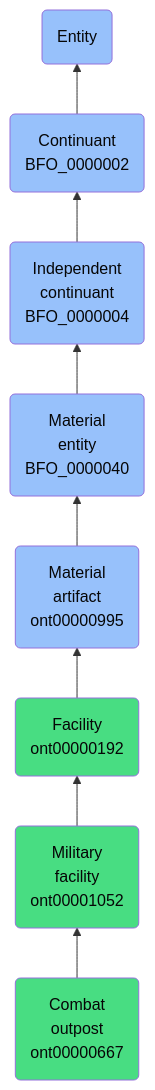
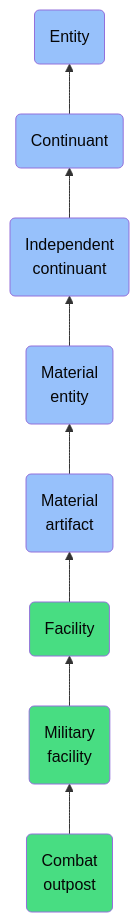
Before and after one commit to jupyter-naas/abi: the diagram in docs/ontology/reference/model/Entity/Continuant/Independent continuant/Material entity/Material artifact/Facility/Military facility/Combat outpost/Combat outpost.md, drawn with Mermaid. The commit also changed other lines of this file and 1430 other files, not shown here.

````diff
--- a/docs/ontology/reference/model/Entity/Continuant/Independent continuant/Material entity/Material artifact/Facility/Military facility/Combat outpost/Combat outpost.md
+++ b/docs/ontology/reference/model/Entity/Continuant/Independent continuant/Material entity/Material artifact/Facility/Military facility/Combat outpost/Combat outpost.md
@@ -24,15 +24,15 @@
 ```mermaid
 graph BT
-    ont00000667(Combat<br>outpost<br>ont00000667):::ABI-->ont00001052
-    ont00001052(Military<br>facility<br>ont00001052):::ABI-->ont00000192
-    ont00000192(Facility<br>ont00000192):::ABI-->ont00000995
-    ont00000995(Material<br>artifact<br>ont00000995):::BFO-->BFO_0000040
-    BFO_0000040(Material<br>entity<br>BFO_0000040):::BFO-->BFO_0000004
-    BFO_0000004(Independent<br>continuant<br>BFO_0000004):::BFO-->BFO_0000002
-    BFO_0000002(Continuant<br>BFO_0000002):::BFO-->BFO_0000001
+    ont00000667(Combat<br>outpost):::ABI-->ont00001052
+    ont00001052(Military<br>facility):::ABI-->ont00000192
+    ont00000192(Facility):::ABI-->ont00000995
+    ont00000995(Material<br>artifact):::BFO-->BFO_0000040
+    BFO_0000040(Material<br>entity):::BFO-->BFO_0000004
+    BFO_0000004(Independent<br>continuant):::BFO-->BFO_0000002
+    BFO_0000002(Continuant):::BFO-->BFO_0000001
     BFO_0000001(Entity):::BFO
     
     classDef BFO fill:#97c1fb,color:#060606
     classDef CCO fill:#e4c51e,color:#060606
     classDef ABI fill:#48DD82,color:#060606
 ```
````
